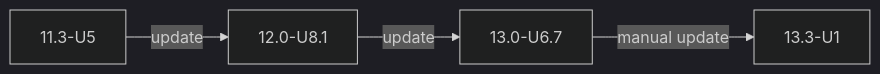
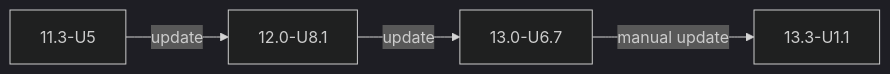
One commit to truenas/documentation changed the first of 2 diagrams in static/includes/COREUpgradePaths.md. Above: the diagram before and after it, drawn with Mermaid (dark theme). The commit also changed 2 other files, not shown here.

Commit message:
Update releases info for 13.3-U1.1

```diff
--- a/static/includes/COREUpgradePaths.md
+++ b/static/includes/COREUpgradePaths.md
@@ -12,6 +12,6 @@
       {{< mermaid class="mermaid_sizing" >}}
       flowchart LR
       A["11.3-U5"] -->|update| B["12.0-U8.1"]
       B -->|update| C["13.0-U6.7"]
-      C -->|manual update| D["13.3-U1"]
+      C -->|manual update| D["13.3-U1.1"]
       {{< /mermaid >}}
```
